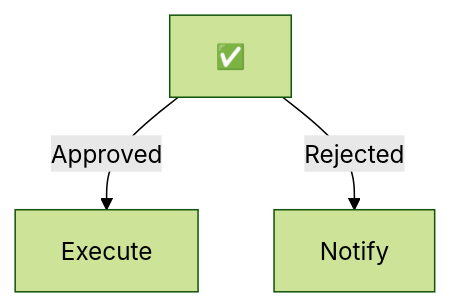
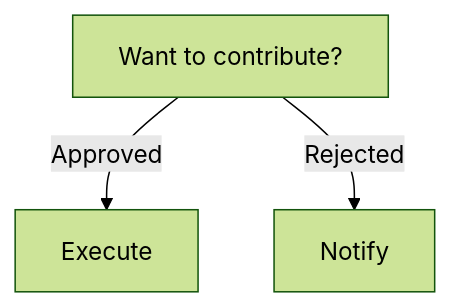
One commit to PragadeeshM1608/Discrete-Mathematics-and-Its-Applications changed the diagram in CONTRIBUTING.md. Above: the diagram before and after it, drawn with Mermaid (forest theme).

````diff
--- a/CONTRIBUTING.md
+++ b/CONTRIBUTING.md
@@ -16,6 +16,6 @@
 ```mermaid
 graph TD
-Review
-Review -->|Approved| Execute
-Review[✅] -->|Rejected| Notify
+Contribute[Want to contribute?]
+Contribute -->|Approved| Execute
+Contribute -->|Rejected| Notify
 ``` 
````
